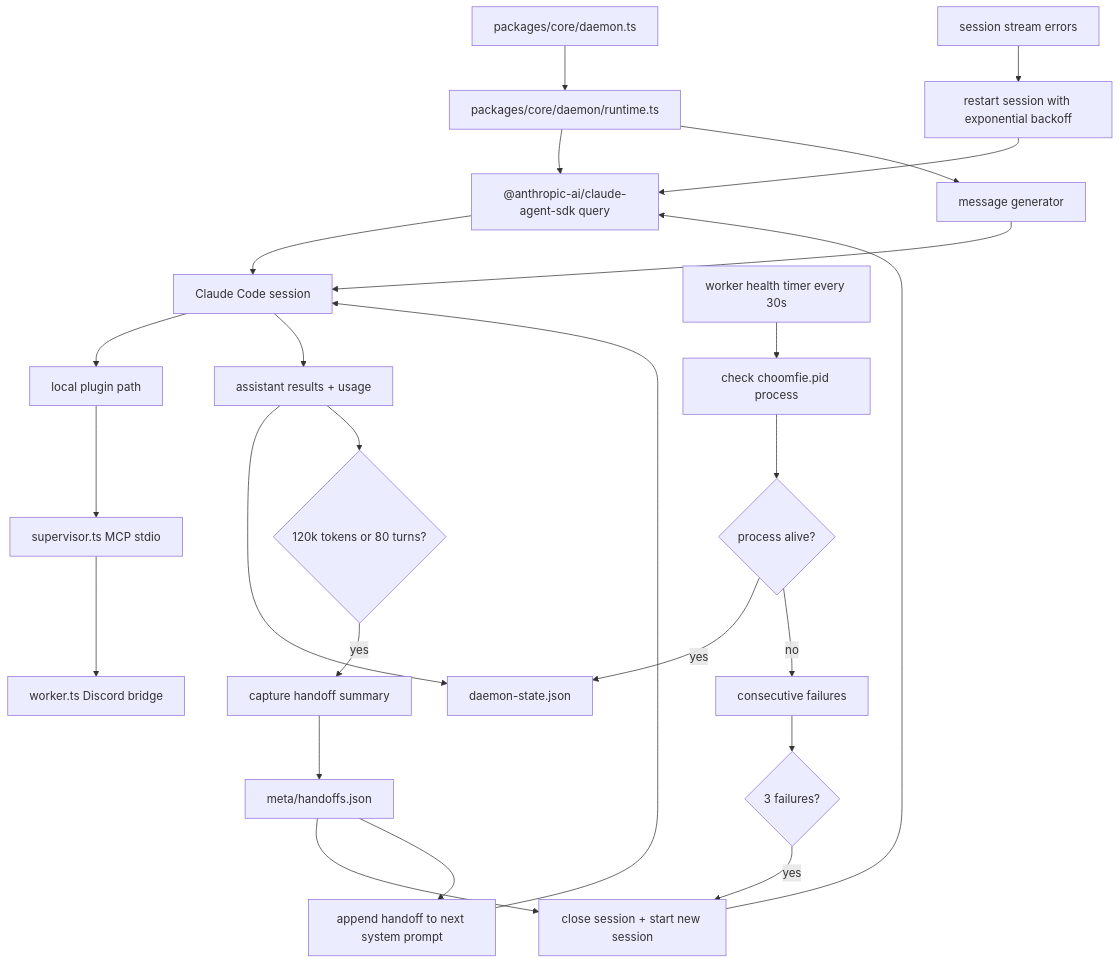
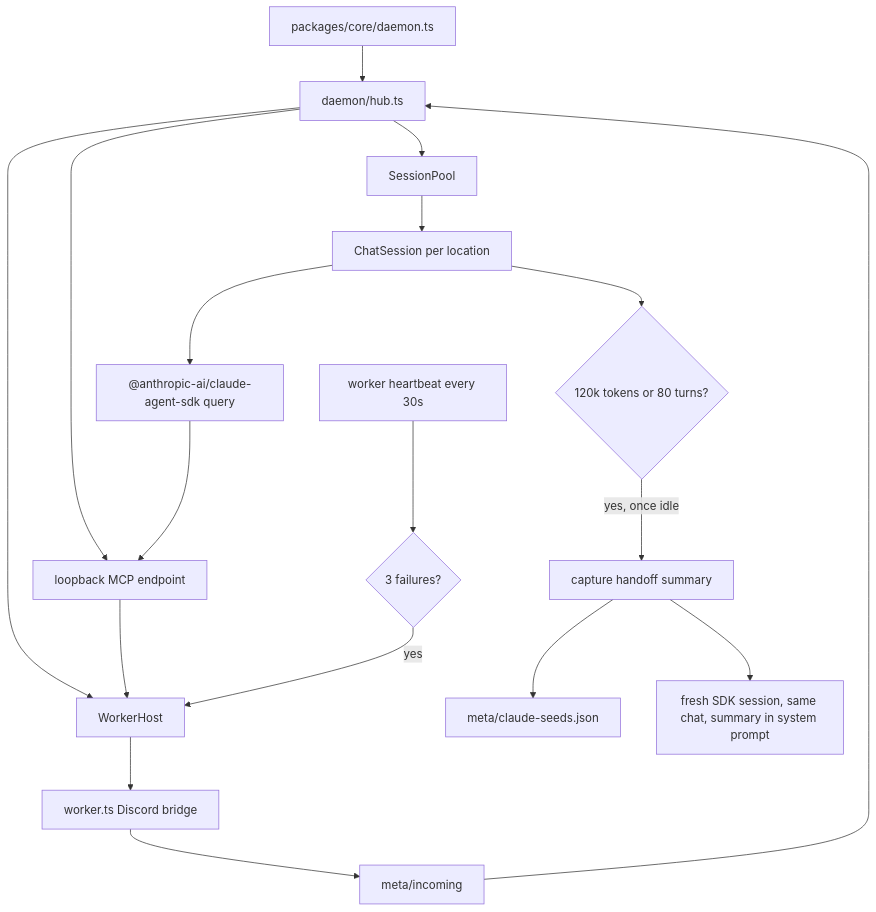
Before and after one commit to ANonABento/choomfie: the third of 4 diagrams in docs/architecture.md, drawn with Mermaid. The commit also changed other lines of this file and 53 other files, not shown here.

First line of the commit message:
Daemon: one session per location; loop guards, owner rate limit, leaner sessions (#96)

````diff
--- a/docs/architecture.md
+++ b/docs/architecture.md
@@ -112,32 +112,22 @@
 ```mermaid
 flowchart TD
-  CLI[packages/core/daemon.ts] --> Runtime[packages/core/daemon/runtime.ts]
-  Runtime --> AgentSDK["@anthropic-ai/claude-agent-sdk query"]
-  AgentSDK --> Session[Claude Code session]
-  Session --> PluginDir[local plugin path]
-  PluginDir --> Supervisor[supervisor.ts MCP stdio]
-  Supervisor --> Worker[worker.ts Discord bridge]
+  CLI[packages/core/daemon.ts] --> Hub[daemon/hub.ts]
+  Hub --> Host[WorkerHost]
+  Host --> Worker[worker.ts Discord bridge]
+  Hub --> Endpoint[loopback MCP endpoint]
+  Endpoint --> Host
+  Worker --> Incoming[meta/incoming]
+  Incoming --> Hub
+  Hub --> Pool[SessionPool]
+  Pool --> Sessions[ChatSession per location]
+  Sessions --> AgentSDK["@anthropic-ai/claude-agent-sdk query"]
+  AgentSDK --> Endpoint
 
-  Runtime --> Generator[message generator]
-  Generator --> Session
-  Session --> Results[assistant results + usage]
-  Results --> State[daemon-state.json]
+  Sessions --> Thresholds{120k tokens or 80 turns?}
+  Thresholds -- yes, once idle --> HandoffPrompt[capture handoff summary]
+  HandoffPrompt --> Seeds[meta/claude-seeds.json]
+  HandoffPrompt --> Fresh[fresh SDK session, same chat, summary in system prompt]
 
-  Results --> Thresholds{120k tokens or 80 turns?}
-  Thresholds -- yes --> HandoffPrompt[capture handoff summary]
-  HandoffPrompt --> Handoffs[meta/handoffs.json]
-  Handoffs --> Cycle[close session + start new session]
-  Cycle --> AgentSDK
-  Handoffs --> SystemPrompt[append handoff to next system prompt]
-  SystemPrompt --> Session
-
-  HealthTimer[worker health timer every 30s] --> PidCheck[check choomfie.pid process]
-  PidCheck --> Healthy{process alive?}
-  Healthy -- yes --> State
-  Healthy -- no --> FailureCount[consecutive failures]
-  FailureCount --> FailureLimit{3 failures?}
-  FailureLimit -- yes --> Cycle
-
-  AgentErrors[session stream errors] --> Retry[restart session with exponential backoff]
-  Retry --> AgentSDK
+  HealthTimer[worker heartbeat every 30s] --> FailureLimit{3 failures?}
+  FailureLimit -- yes --> Host
 ```
````
